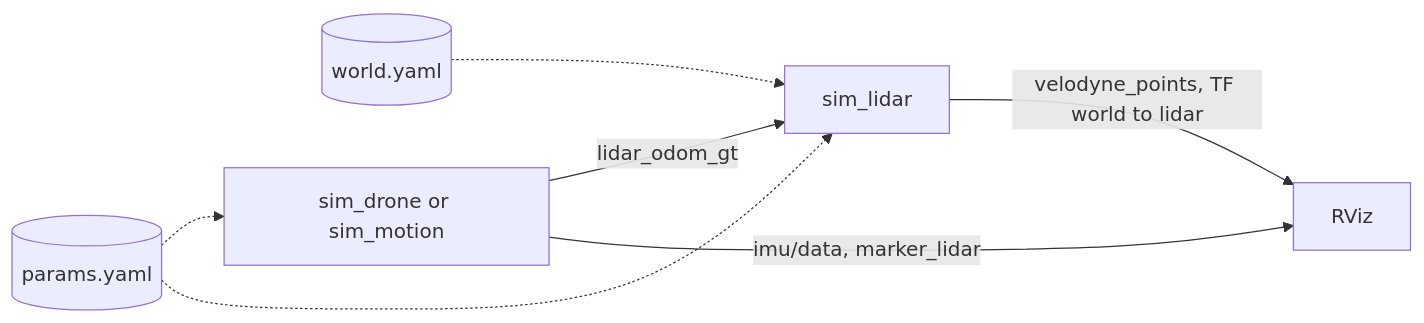
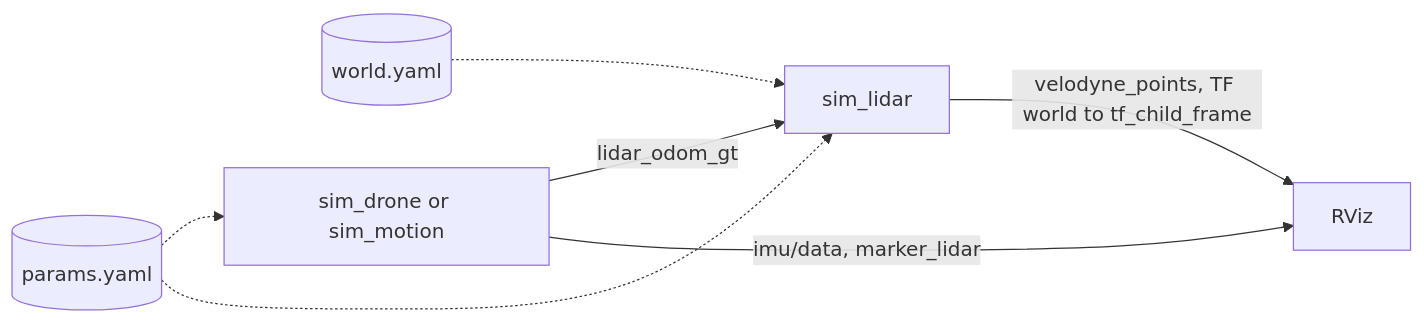
One commit to adrianomcr/lidar_sim changed the fourth of 4 diagrams in docs/architecture.md. Above: the diagram before and after it, drawn with Mermaid. The commit also changed other lines of this file and 10 other files, not shown here.

````diff
--- a/docs/architecture.md
+++ b/docs/architecture.md
@@ -167,14 +167,14 @@
 ```mermaid
 flowchart LR
   params[("params.yaml")]
   world[("world.yaml")]
   motion["sim_drone or sim_motion"]
   lidar["sim_lidar"]
   rviz["RViz"]
   params -.-> motion
   params -.-> lidar
   world -.-> lidar
   motion -- "lidar_odom_gt" --> lidar
   motion -- "imu/data, marker_lidar" --> rviz
-  lidar -- "velodyne_points, TF world to lidar" --> rviz
+  lidar -- "velodyne_points, TF world to tf_child_frame" --> rviz
 ```
````
